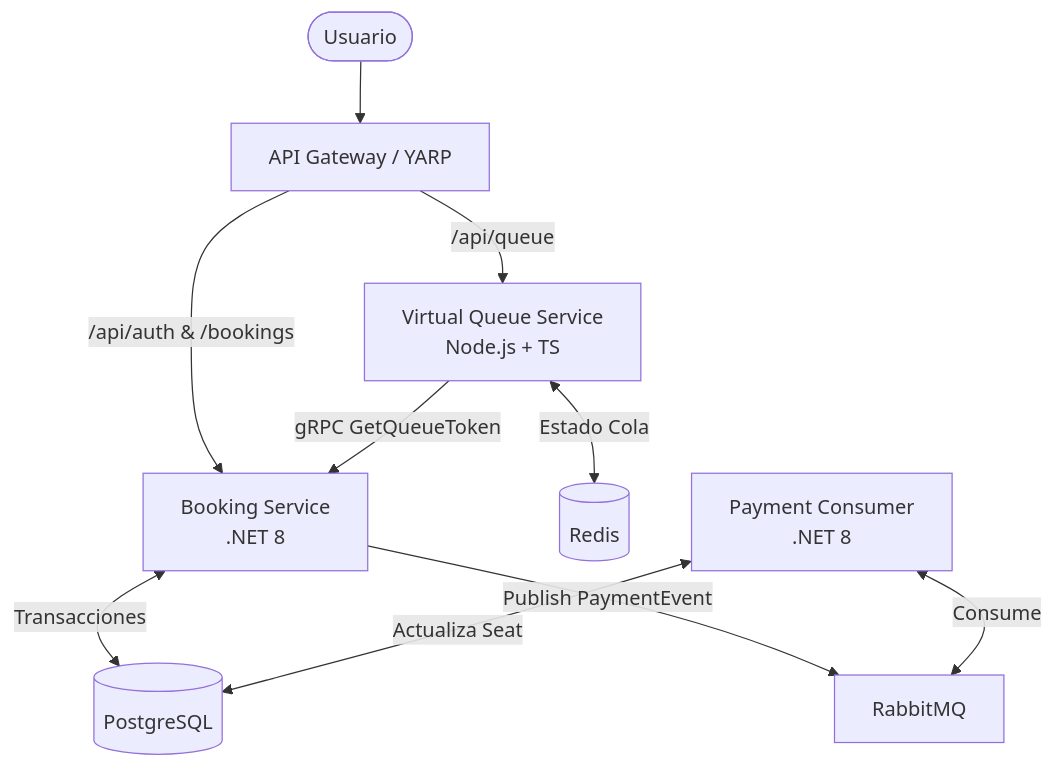
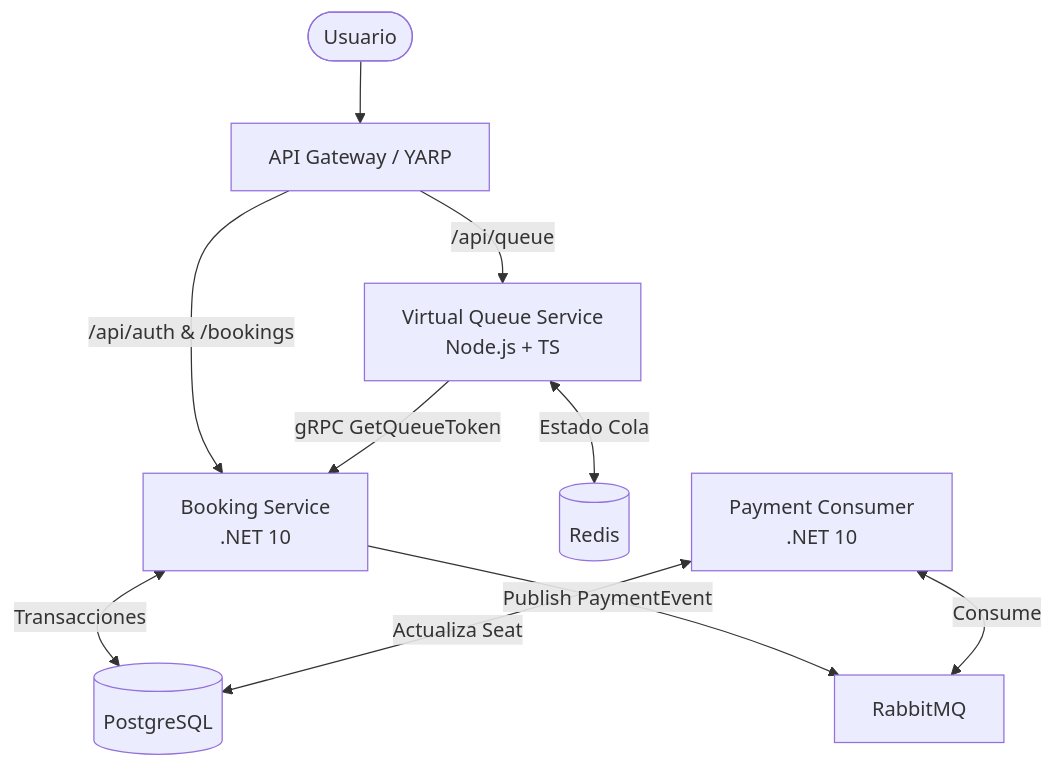
Before and after one commit to ThomasZavalia/EventGrid: the diagram in README.md, drawn with Mermaid. The commit also changed other lines of this file, not shown here.

````diff
--- a/README.md
+++ b/README.md
@@ -18,16 +18,16 @@
 ```mermaid
 graph TD
     User([Usuario]) --> Gateway[API Gateway / YARP]
     
     Gateway -->|/api/queue| VQS[Virtual Queue Service<br/>Node.js + TS]
-    Gateway -->|/api/auth & /bookings| BS[Booking Service<br/>.NET 8]
+    Gateway -->|/api/auth & /bookings| BS[Booking Service<br/>.NET 10]
     
     VQS <-->|Estado Cola| Redis[(Redis)]
     VQS -->|gRPC GetQueueToken| BS
     
     BS <-->|Transacciones| Postgres[(PostgreSQL)]
     BS -->|Publish PaymentEvent| RMQ[RabbitMQ]
     
-    Worker[Payment Consumer<br/>.NET 8] <-->|Consume| RMQ
+    Worker[Payment Consumer<br/>.NET 10] <-->|Consume| RMQ
     Worker <-->|Actualiza Seat| Postgres
 ```
````
